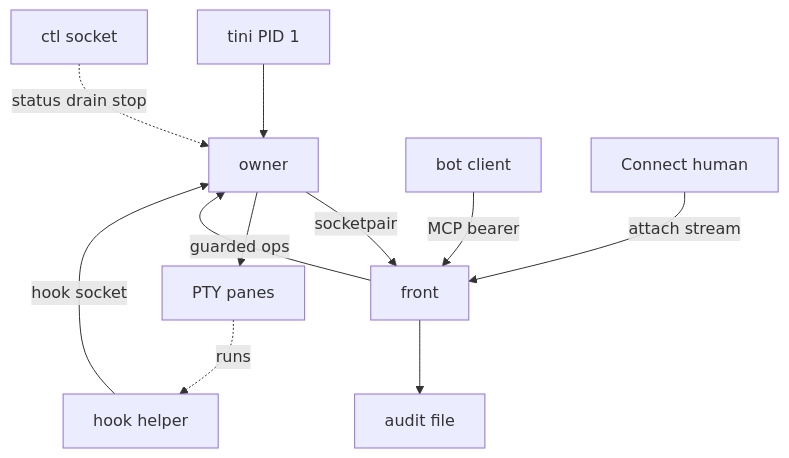
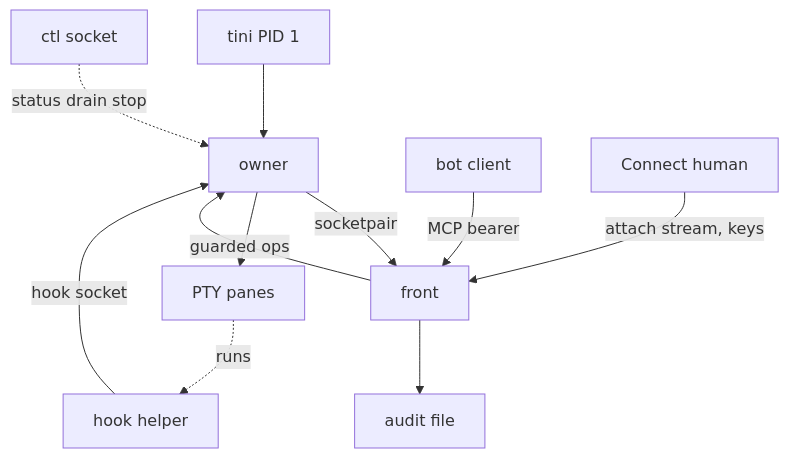
Before and after one commit to openabdev/openab-shepherd: the first of 2 diagrams in docs/adr/restart-survival-and-shared-panes.md, drawn with Mermaid. The commit also changed other lines of this file, not shown here.

````diff
--- a/docs/adr/restart-survival-and-shared-panes.md
+++ b/docs/adr/restart-survival-and-shared-panes.md
@@ -48,13 +48,13 @@
 ```mermaid
 flowchart TD
   T[tini PID 1] --> O[owner]
   O -- socketpair --> F[front]
   O --> P[PTY panes]
   B[bot client] -- MCP bearer --> F
-  H[Connect human] -- attach stream --> F
+  H[Connect human] -- attach stream, keys --> F
   F -- guarded ops --> O
   F --> A[audit file]
   K[hook helper] -- hook socket --> O
   P -. runs .-> K
   C[ctl socket] -. status drain stop .-> O
 ```
````
